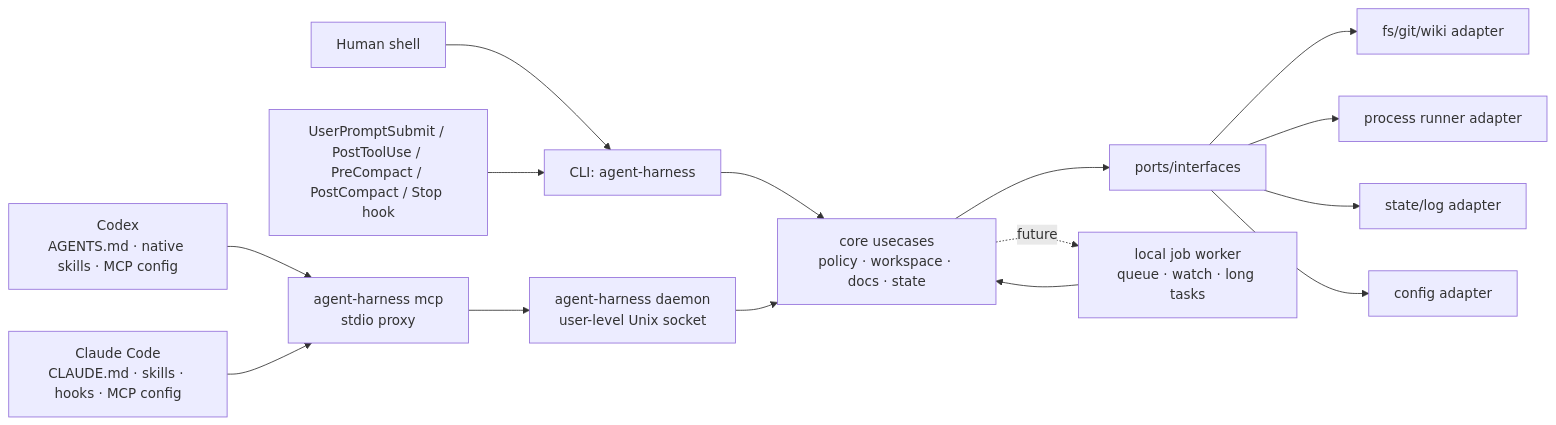
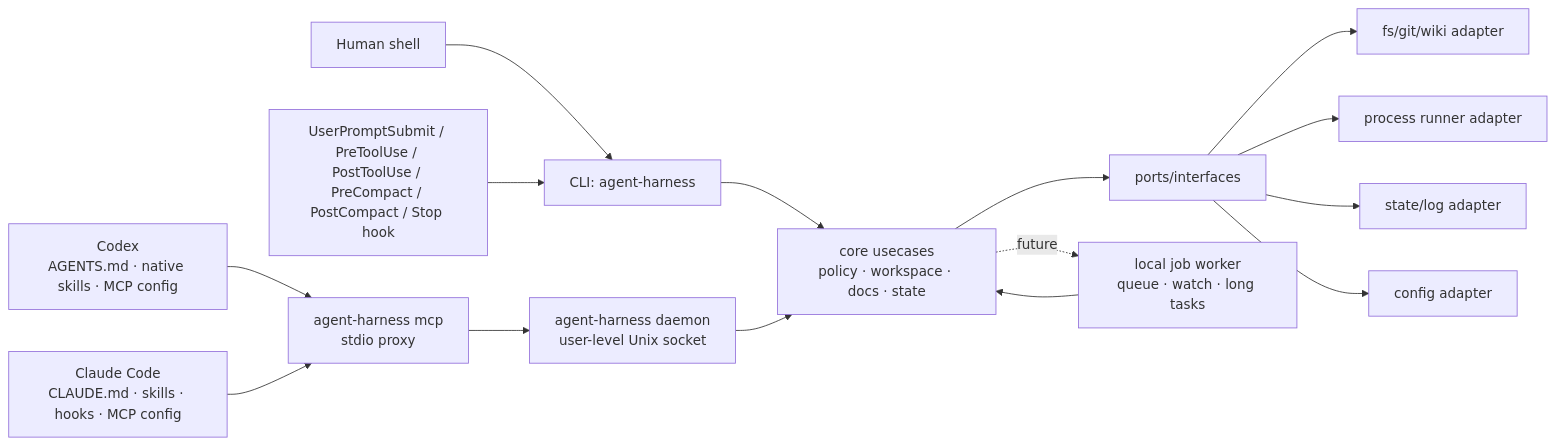
One commit to m16khb-org/agent-harness changed the diagram in .agent-harness/ARCHITECTURE.md. Above: the diagram before and after it, drawn with Mermaid. The commit also changed other lines of this file and 20 other files, not shown here.

First line of the commit message:
feat(hook): add shared PreToolUse lifecycle hook

````diff
--- a/.agent-harness/ARCHITECTURE.md
+++ b/.agent-harness/ARCHITECTURE.md
@@ -26,19 +26,19 @@
 ```mermaid
 flowchart LR
     Codex["Codex<br/>AGENTS.md · native skills · MCP config"] --> MCPProxy["agent-harness mcp<br/>stdio proxy"]
     Claude["Claude Code<br/>CLAUDE.md · skills · hooks · MCP config"] --> MCPProxy
     Human["Human shell"] --> CLI["CLI: agent-harness"]
-    Hook["UserPromptSubmit / PostToolUse / PreCompact / PostCompact / Stop hook"] --> CLI
+    Hook["UserPromptSubmit / PreToolUse / PostToolUse / PreCompact / PostCompact / Stop hook"] --> CLI
 
     MCPProxy --> Daemon["agent-harness daemon<br/>user-level Unix socket"]
     CLI --> Core["core usecases<br/>policy · workspace · docs · state"]
     Daemon --> Core
     Core --> Ports["ports/interfaces"]
     Ports --> FS["fs/git/wiki adapter"]
     Ports --> Proc["process runner adapter"]
     Ports --> State["state/log adapter"]
     Ports --> Config["config adapter"]
 
     Core -. future .-> Worker["local job worker<br/>queue · watch · long tasks"]
     Worker --> Core
 ```
````
